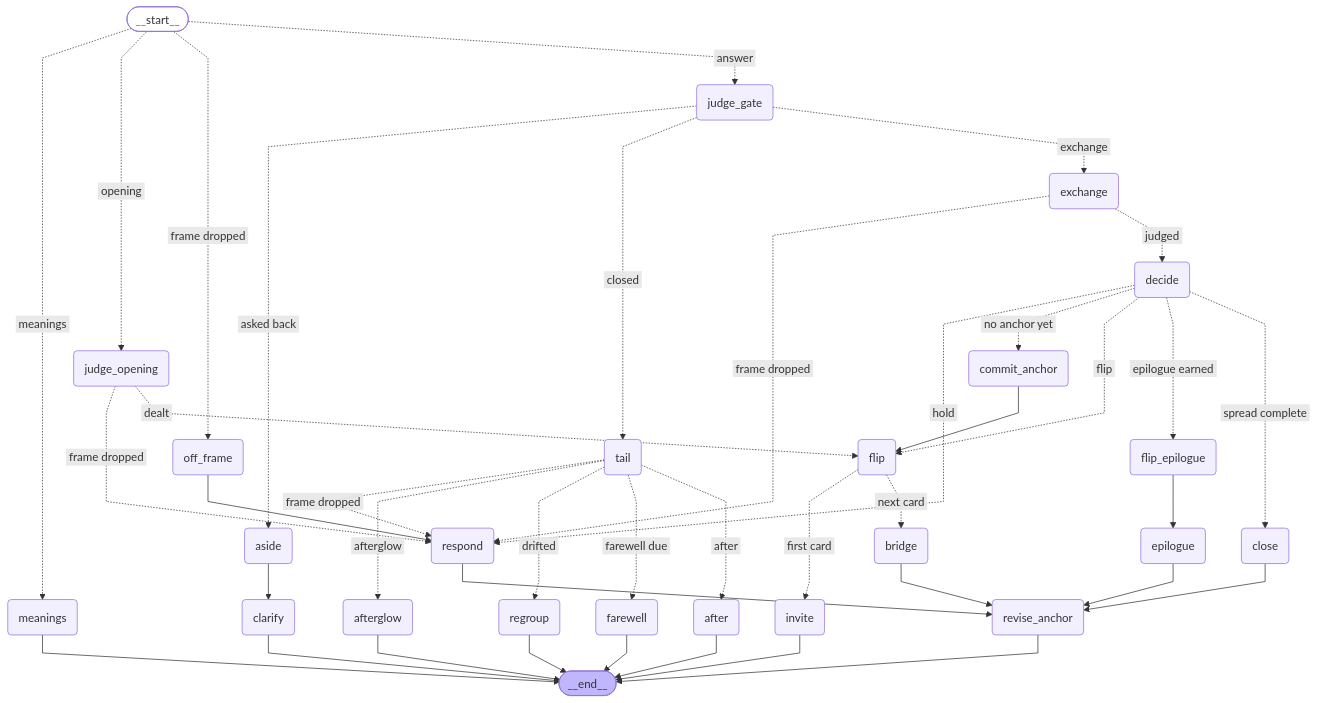
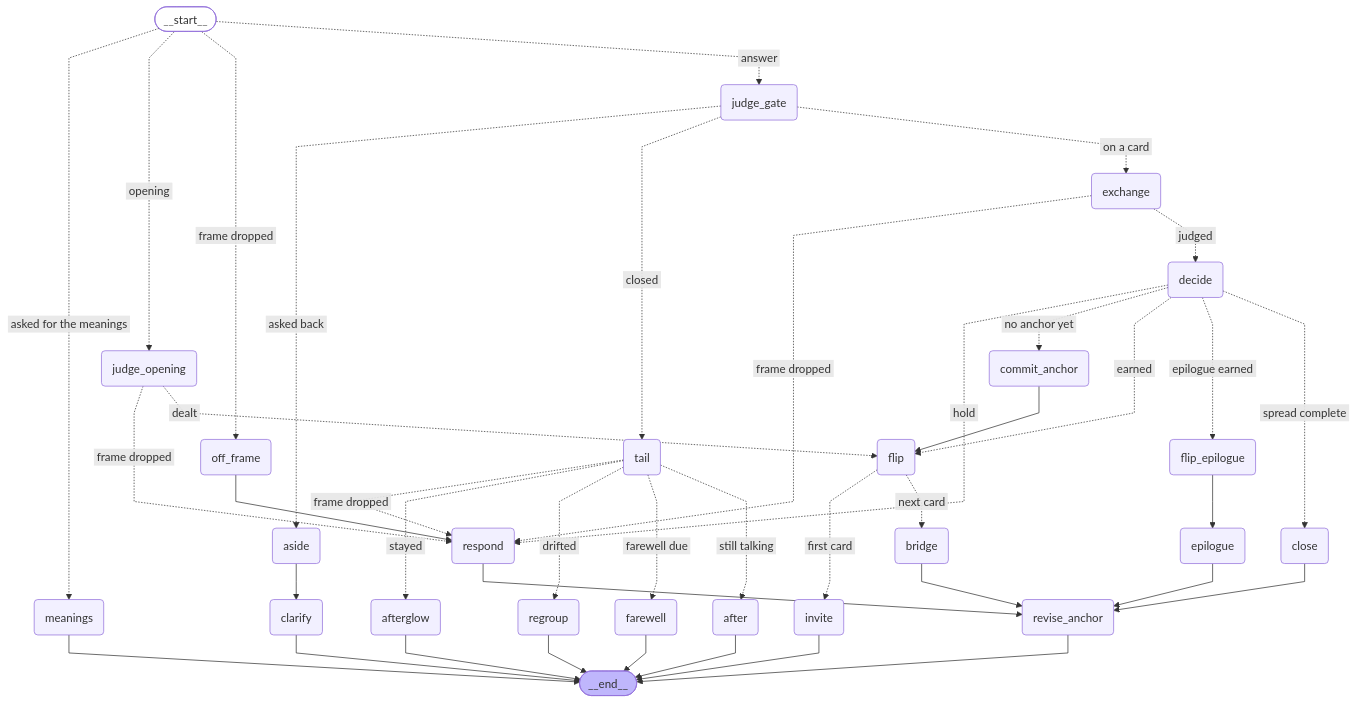
Before and after one commit to wyc79/ai-tarot-projection: the diagram in .claude/plans/2026-09-16-langgraph-engine-expected.mmd, drawn with Mermaid. The commit also changed 4 other files, not shown here.

```diff
--- a/.claude/plans/2026-09-16-langgraph-engine-expected.mmd
+++ b/.claude/plans/2026-09-16-langgraph-engine-expected.mmd
@@ -1,68 +1,68 @@
 %%{init: {'flowchart': {'curve': 'linear'}}}%%
 graph TD;
 	__start__([<p>__start__</p>]):::first
 	judge_opening(judge_opening)
 	judge_gate(judge_gate)
 	off_frame(off_frame)
 	aside(aside)
 	exchange(exchange)
 	tail(tail)
 	decide(decide)
 	commit_anchor(commit_anchor)
 	flip(flip)
 	flip_epilogue(flip_epilogue)
 	invite(invite)
 	respond(respond)
 	clarify(clarify)
 	bridge(bridge)
 	epilogue(epilogue)
 	close(close)
 	after(after)
 	farewell(farewell)
 	afterglow(afterglow)
 	regroup(regroup)
 	meanings(meanings)
 	revise_anchor(revise_anchor)
 	__end__([<p>__end__</p>]):::last
 	after --> __end__;
 	afterglow --> __end__;
 	aside --> clarify;
 	bridge --> revise_anchor;
 	clarify --> __end__;
 	close --> revise_anchor;
 	commit_anchor --> flip;
 	epilogue --> revise_anchor;
 	farewell --> __end__;
 	flip_epilogue --> epilogue;
 	invite --> __end__;
 	meanings --> __end__;
 	off_frame --> respond;
 	regroup --> __end__;
 	respond --> revise_anchor;
 	revise_anchor --> __end__;
-	__start__ -. &nbsp;meanings&nbsp; .-> meanings;
+	__start__ -. &nbsp;asked for the meanings&nbsp; .-> meanings;
 	__start__ -. &nbsp;opening&nbsp; .-> judge_opening;
 	__start__ -. &nbsp;frame dropped&nbsp; .-> off_frame;
 	__start__ -. &nbsp;answer&nbsp; .-> judge_gate;
 	judge_opening -. &nbsp;frame dropped&nbsp; .-> respond;
 	judge_opening -. &nbsp;dealt&nbsp; .-> flip;
 	judge_gate -. &nbsp;asked back&nbsp; .-> aside;
 	judge_gate -. &nbsp;closed&nbsp; .-> tail;
-	judge_gate -. &nbsp;exchange&nbsp; .-> exchange;
+	judge_gate -. &nbsp;on a card&nbsp; .-> exchange;
 	tail -. &nbsp;frame dropped&nbsp; .-> respond;
-	tail -. &nbsp;afterglow&nbsp; .-> afterglow;
+	tail -. &nbsp;stayed&nbsp; .-> afterglow;
 	tail -. &nbsp;drifted&nbsp; .-> regroup;
 	tail -. &nbsp;farewell due&nbsp; .-> farewell;
-	tail -. &nbsp;after&nbsp; .-> after;
+	tail -. &nbsp;still talking&nbsp; .-> after;
 	exchange -. &nbsp;frame dropped&nbsp; .-> respond;
 	exchange -. &nbsp;judged&nbsp; .-> decide;
 	decide -. &nbsp;hold&nbsp; .-> respond;
 	decide -. &nbsp;no anchor yet&nbsp; .-> commit_anchor;
-	decide -. &nbsp;flip&nbsp; .-> flip;
+	decide -. &nbsp;earned&nbsp; .-> flip;
 	decide -. &nbsp;epilogue earned&nbsp; .-> flip_epilogue;
 	decide -. &nbsp;spread complete&nbsp; .-> close;
 	flip -. &nbsp;first card&nbsp; .-> invite;
 	flip -. &nbsp;next card&nbsp; .-> bridge;
 	classDef default fill:#f2f0ff,line-height:1.2;
 	classDef first fill-opacity:0;
 	classDef last fill:#bfb6fc;
```
